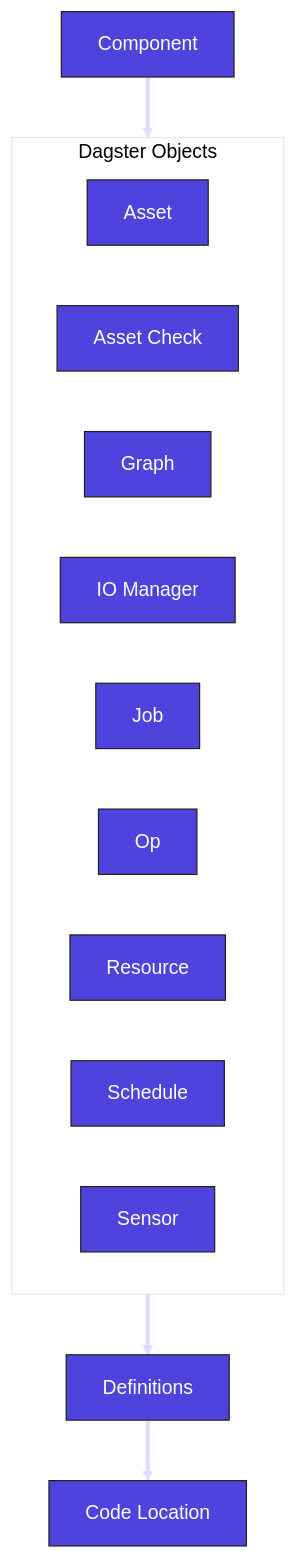
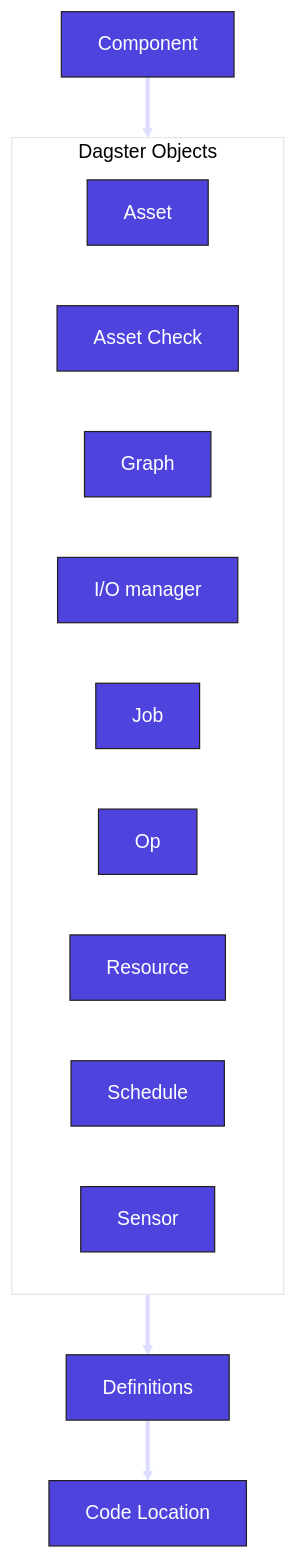
The first of 17 diagrams in docs/docs/getting-started/concepts.md (dagster-io/dagster), drawn with Mermaid before and after one commit. The commit also changed other lines of this file and 57 other files, not shown here.

````diff
--- a/docs/docs/getting-started/concepts.md
+++ b/docs/docs/getting-started/concepts.md
@@ -8,32 +8,32 @@
 ```mermaid
 %%{
   init: {
     'theme': 'base',
     'themeVariables': {
       'primaryColor': '#4F43DD',
       'primaryTextColor': '#FFFFFF',
       'primaryBorderColor': '#231F1B',
       'lineColor': '#DEDDFF',
       'secondaryColor': '#BDBAB7',
       'tertiaryColor': '#FFFFFF'
     }
   }
 }%%
   graph TD
 
     subgraph DagsterObjects[Dagster Objects]
       Asset
       AssetCheck[Asset Check]
       Graph
-      IOManager[IO Manager]
+      IOManager[I/O manager]
       Job
       Op
       Resource
       Schedule
       Sensor
     end
 
     Component ==> DagsterObjects[Dagster Objects]
     DagsterObjects ==> Definitions
     Definitions ==> CodeLocation[Code Location]
 ```
````
